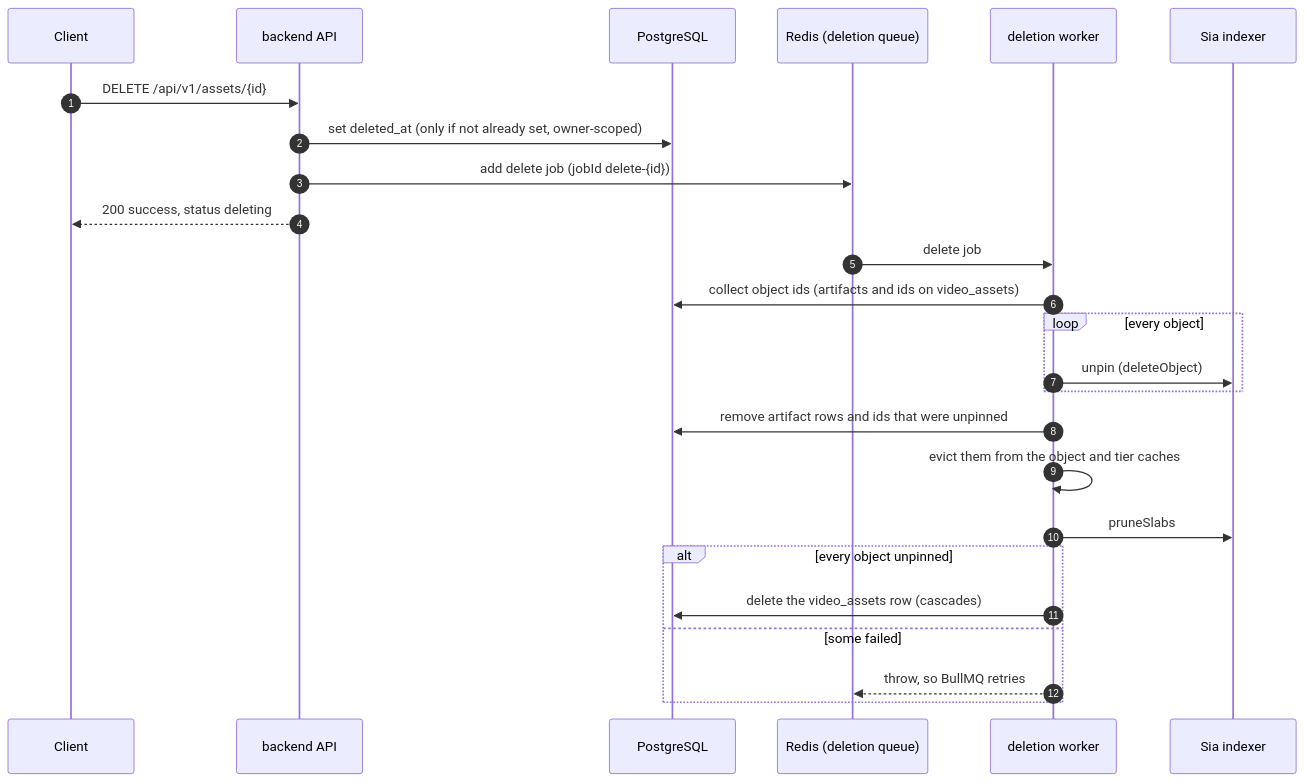
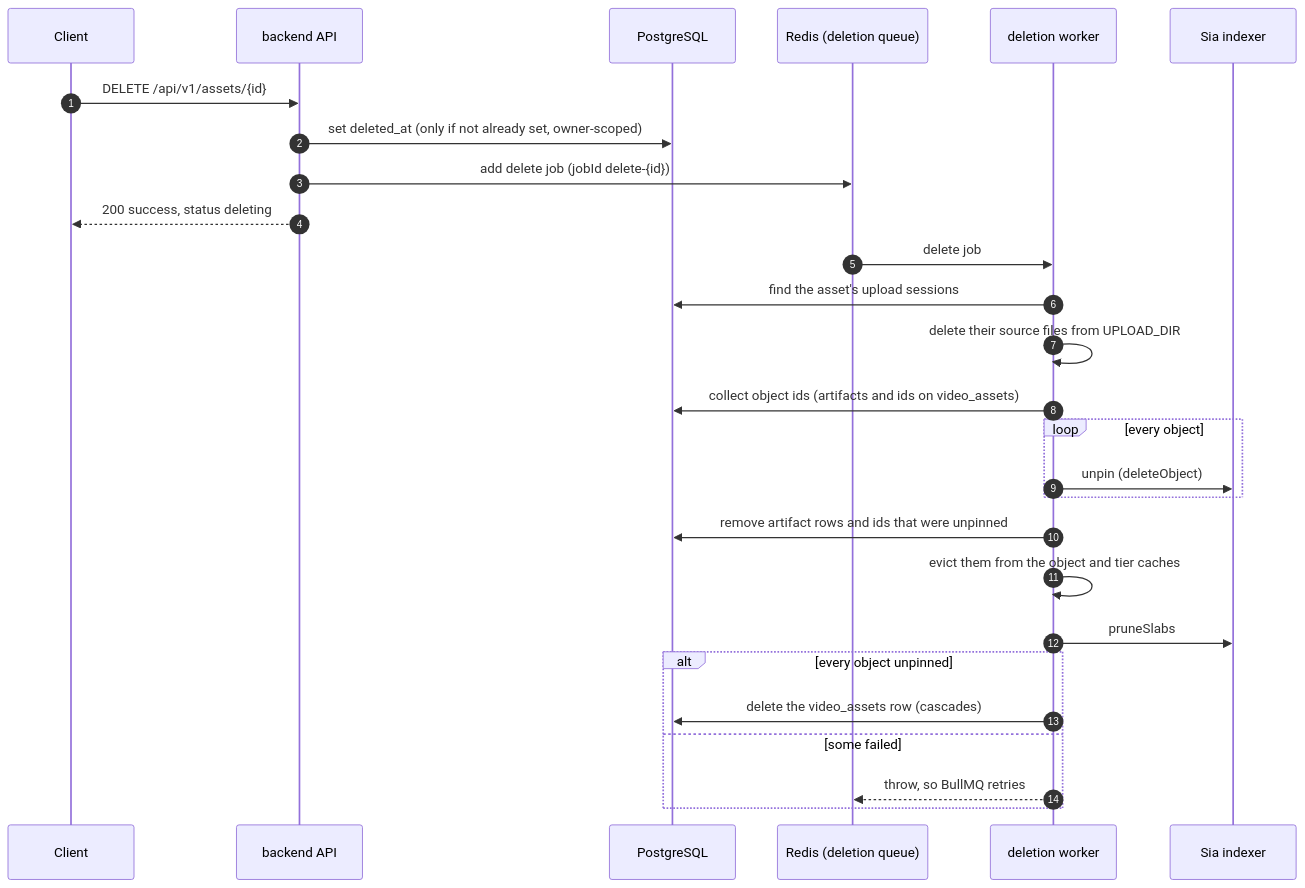
One commit to justmert/Sluby changed the first of 2 diagrams in docs/architecture/deletion-and-reconciliation.md. Above: the diagram before and after it, drawn with Mermaid. The commit also changed other lines of this file and 2 other files, not shown here.

Commit message:
document when source uploads are deleted

````diff
--- a/docs/architecture/deletion-and-reconciliation.md
+++ b/docs/architecture/deletion-and-reconciliation.md
@@ -7,28 +7,30 @@
 ```mermaid
 sequenceDiagram
   autonumber
   participant C as Client
   participant A as backend API
   participant DB as PostgreSQL
   participant Q as Redis (deletion queue)
   participant D as deletion worker
   participant I as Sia indexer
 
   C->>A: DELETE /api/v1/assets/{id}
   A->>DB: set deleted_at (only if not already set, owner-scoped)
   A->>Q: add delete job (jobId delete-{id})
   A-->>C: 200 success, status deleting
   Q->>D: delete job
+  D->>DB: find the asset's upload sessions
+  D->>D: delete their source files from UPLOAD_DIR
   D->>DB: collect object ids (artifacts and ids on video_assets)
   loop every object
     D->>I: unpin (deleteObject)
   end
   D->>DB: remove artifact rows and ids that were unpinned
   D->>D: evict them from the object and tier caches
   D->>I: pruneSlabs
   alt every object unpinned
     D->>DB: delete the video_assets row (cascades)
   else some failed
     D-->>Q: throw, so BullMQ retries
   end
 ```
````
